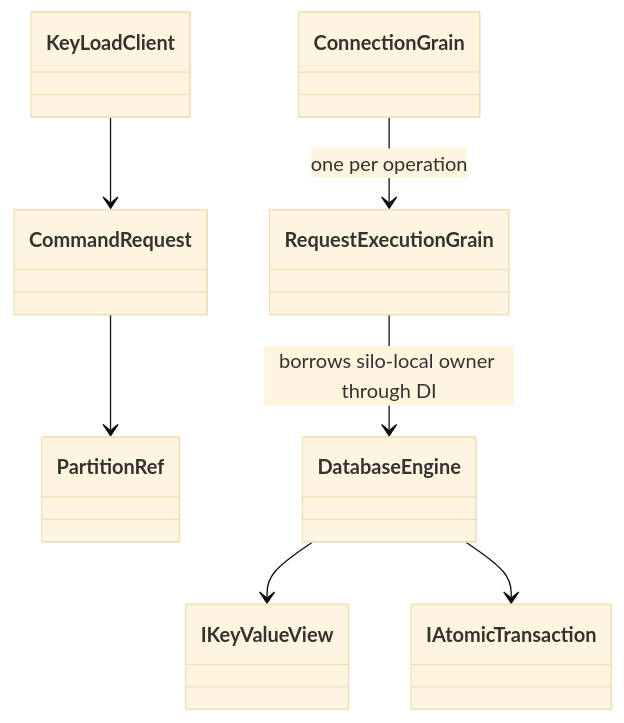
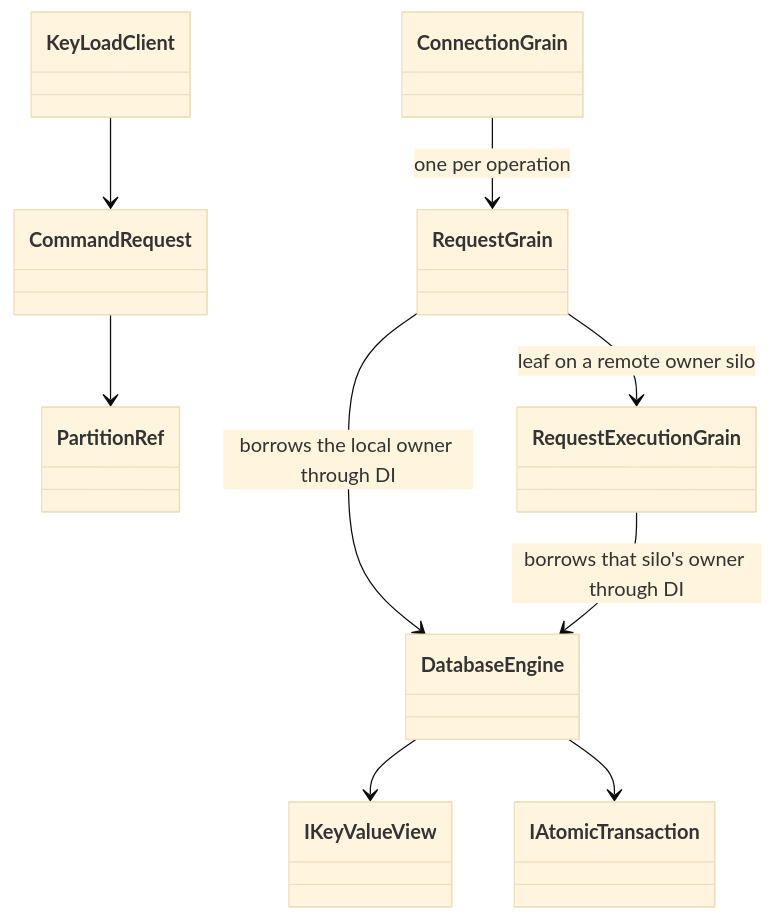
The sixth of 26 diagrams in docs/Architecture.md (managedcode/KeyLoad), drawn with Mermaid (base theme) before and after one commit. The commit also changed other lines of this file and 673 other files, not shown here.

````diff
--- a/docs/Architecture.md
+++ b/docs/Architecture.md
@@ -303,17 +311,20 @@
 ```mermaid
 classDiagram
     class KeyLoadClient
     class CommandRequest
     class PartitionRef
     class ConnectionGrain
+    class RequestGrain
     class RequestExecutionGrain
     class DatabaseEngine
     class IKeyValueView
     class IAtomicTransaction
     KeyLoadClient --> CommandRequest
     CommandRequest --> PartitionRef
-    ConnectionGrain --> RequestExecutionGrain : one per operation
-    RequestExecutionGrain --> DatabaseEngine : borrows silo-local owner through DI
+    ConnectionGrain --> RequestGrain : one per operation
+    RequestGrain --> DatabaseEngine : borrows the local owner through DI
+    RequestGrain --> RequestExecutionGrain : leaf on a remote owner silo
+    RequestExecutionGrain --> DatabaseEngine : borrows that silo's owner through DI
     DatabaseEngine --> IKeyValueView
     DatabaseEngine --> IAtomicTransaction
 ```
````
